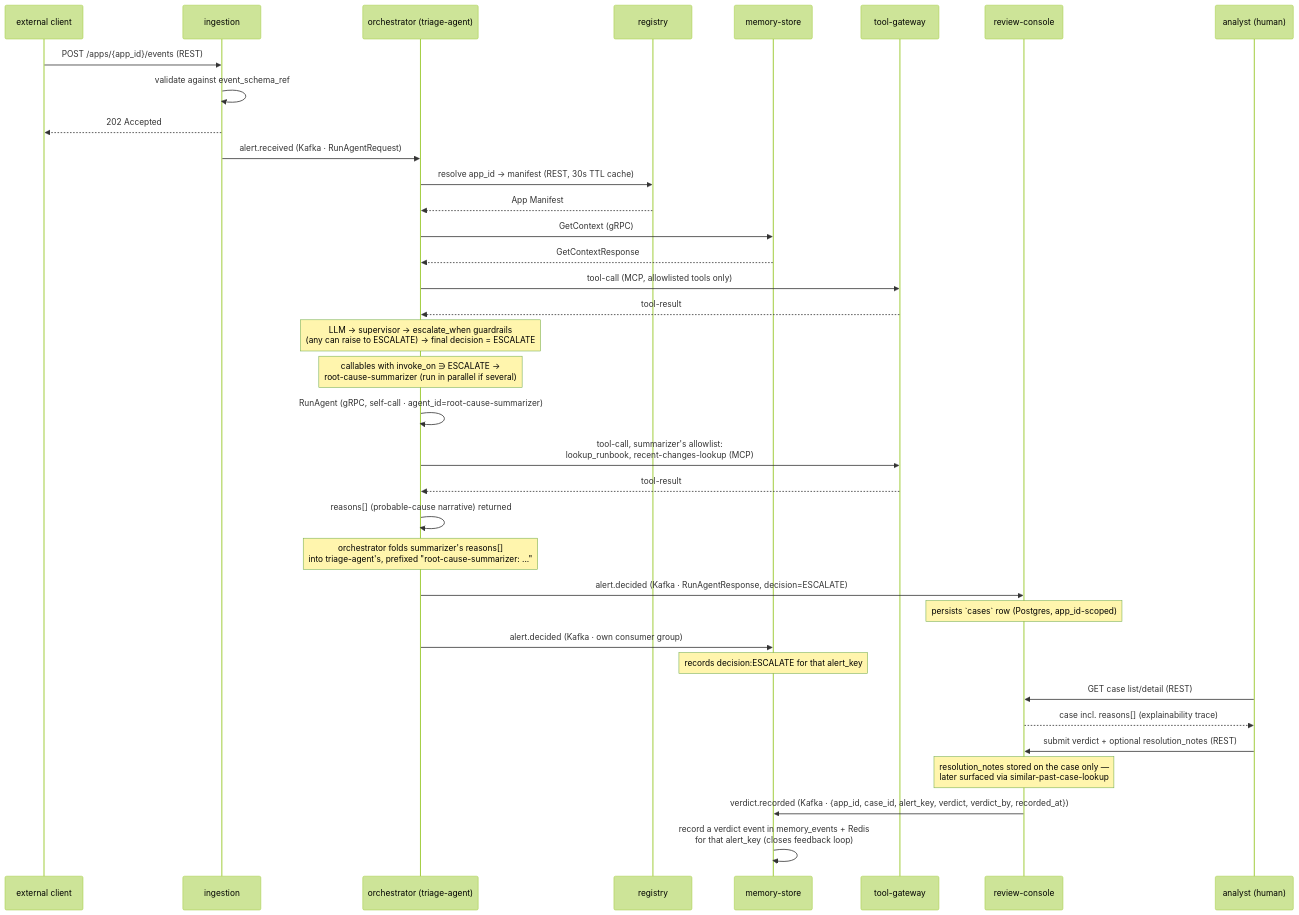
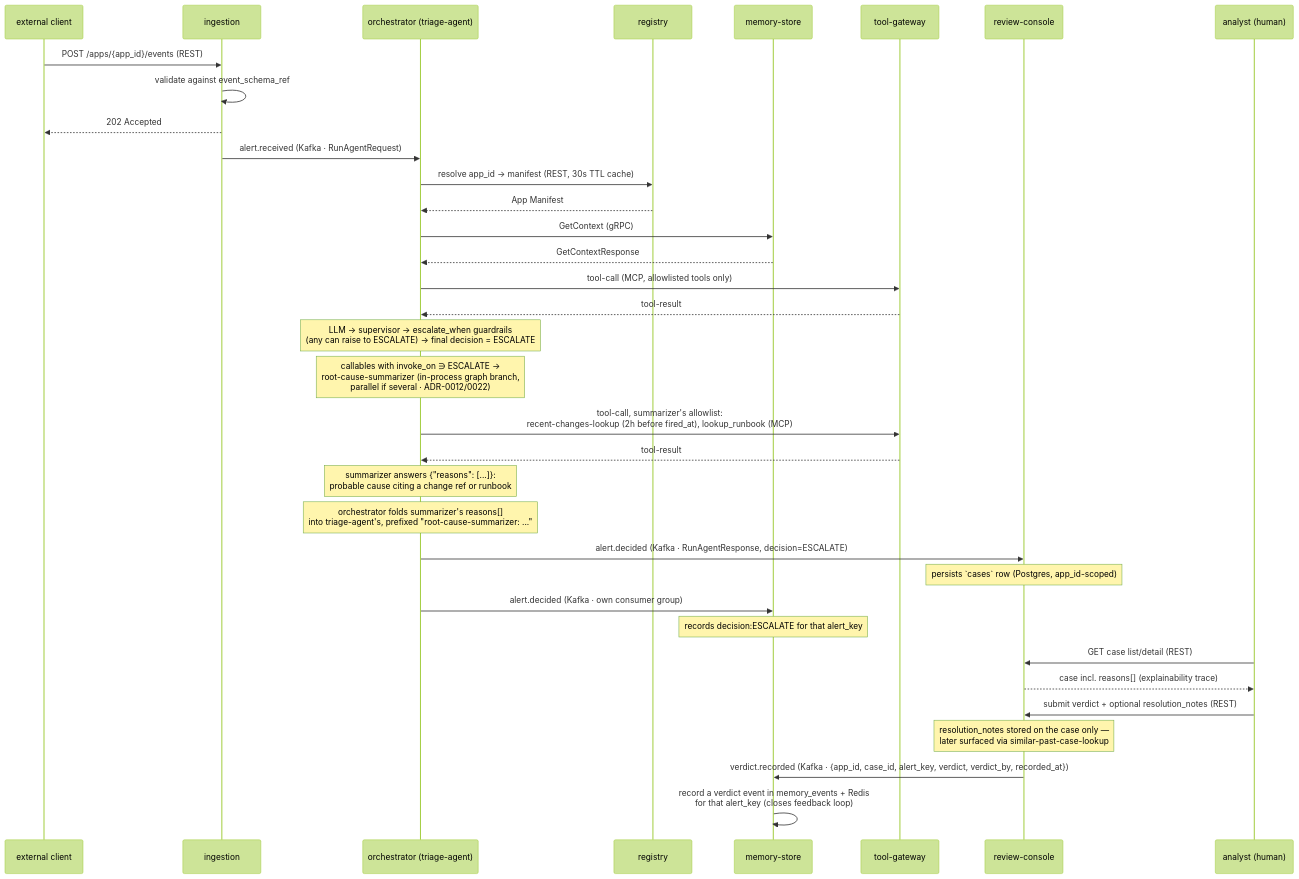
One commit to SrikanthArgp/agentic-platform changed the second of 5 diagrams in docs/sequence_diagram.md. Above: the diagram before and after it, drawn with Mermaid (forest theme). The commit also changed other lines of this file and 4 other files, not shown here.

````diff
--- a/docs/sequence_diagram.md
+++ b/docs/sequence_diagram.md
@@ -83,47 +83,46 @@
 ```mermaid
 sequenceDiagram
     participant Client as external client
     participant Ingestion as ingestion
     participant Orchestrator as orchestrator (triage-agent)
     participant Registry as registry
     participant MemoryStore as memory-store
     participant ToolGateway as tool-gateway
     participant ReviewConsole as review-console
     participant Analyst as analyst (human)
 
     Client->>Ingestion: POST /apps/{app_id}/events (REST)
     Ingestion->>Ingestion: validate against event_schema_ref
     Ingestion-->>Client: 202 Accepted
     Ingestion->>Orchestrator: alert.received (Kafka · RunAgentRequest)
 
     Orchestrator->>Registry: resolve app_id → manifest (REST, 30s TTL cache)
     Registry-->>Orchestrator: App Manifest
 
     Orchestrator->>MemoryStore: GetContext (gRPC)
     MemoryStore-->>Orchestrator: GetContextResponse
 
     Orchestrator->>ToolGateway: tool-call (MCP, allowlisted tools only)
     ToolGateway-->>Orchestrator: tool-result
 
     Note over Orchestrator: LLM → supervisor → escalate_when guardrails<br/>(any can raise to ESCALATE) → final decision = ESCALATE
 
-    Note over Orchestrator: callables with invoke_on ∋ ESCALATE →<br/>root-cause-summarizer (run in parallel if several)
-    Orchestrator->>Orchestrator: RunAgent (gRPC, self-call · agent_id=root-cause-summarizer)
-    Orchestrator->>ToolGateway: tool-call, summarizer's allowlist:<br/>lookup_runbook, recent-changes-lookup (MCP)
+    Note over Orchestrator: callables with invoke_on ∋ ESCALATE →<br/>root-cause-summarizer (in-process graph branch,<br/>parallel if several · ADR-0012/0022)
+    Orchestrator->>ToolGateway: tool-call, summarizer's allowlist:<br/>recent-changes-lookup (2h before fired_at), lookup_runbook (MCP)
     ToolGateway-->>Orchestrator: tool-result
-    Orchestrator->>Orchestrator: reasons[] (probable-cause narrative) returned
+    Note over Orchestrator: summarizer answers {"reasons": [...]}:<br/>probable cause citing a change ref or runbook
     Note over Orchestrator: orchestrator folds summarizer's reasons[]<br/>into triage-agent's, prefixed "root-cause-summarizer: ..."
 
     Orchestrator->>ReviewConsole: alert.decided (Kafka · RunAgentResponse, decision=ESCALATE)
     Note over ReviewConsole: persists `cases` row (Postgres, app_id-scoped)
     Orchestrator->>MemoryStore: alert.decided (Kafka · own consumer group)
     Note over MemoryStore: records decision:ESCALATE for that alert_key
 
     Analyst->>ReviewConsole: GET case list/detail (REST)
     ReviewConsole-->>Analyst: case incl. reasons[] (explainability trace)
     Analyst->>ReviewConsole: submit verdict + optional resolution_notes (REST)
     Note over ReviewConsole: resolution_notes stored on the case only —<br/>later surfaced via similar-past-case-lookup
 
     ReviewConsole->>MemoryStore: verdict.recorded (Kafka · {app_id, case_id, alert_key, verdict, verdict_by, recorded_at})
     MemoryStore->>MemoryStore: record a verdict event in memory_events + Redis<br/>for that alert_key (closes feedback loop)
 ```
````
